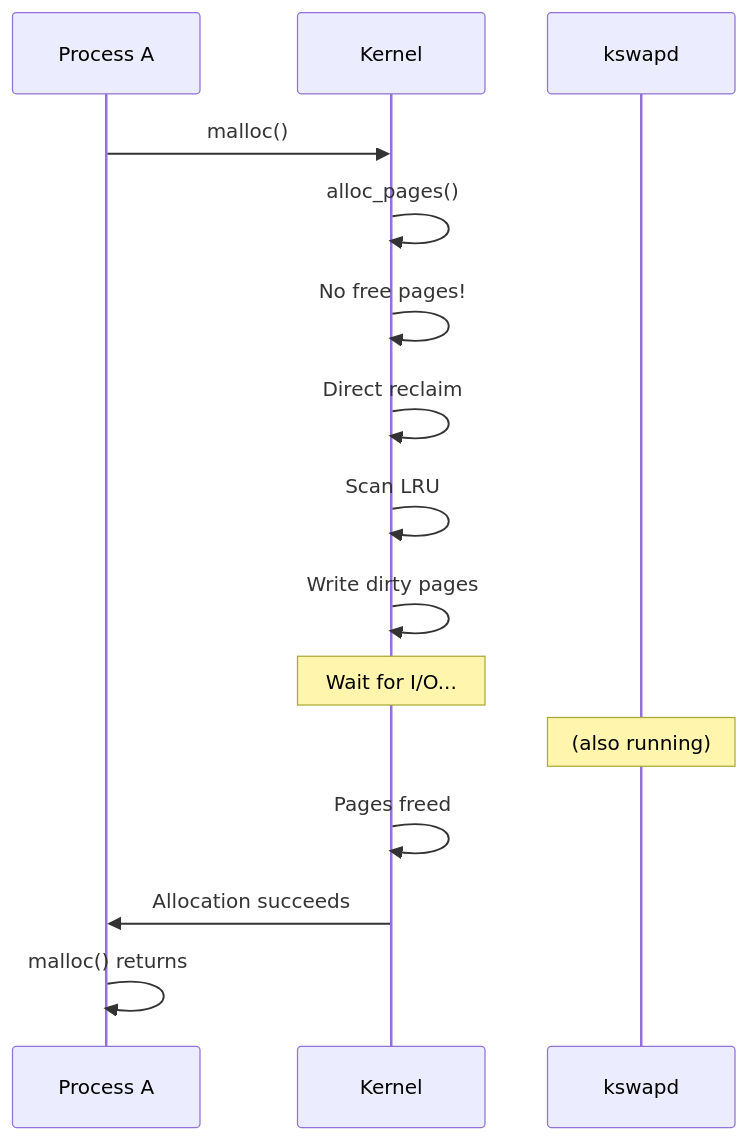
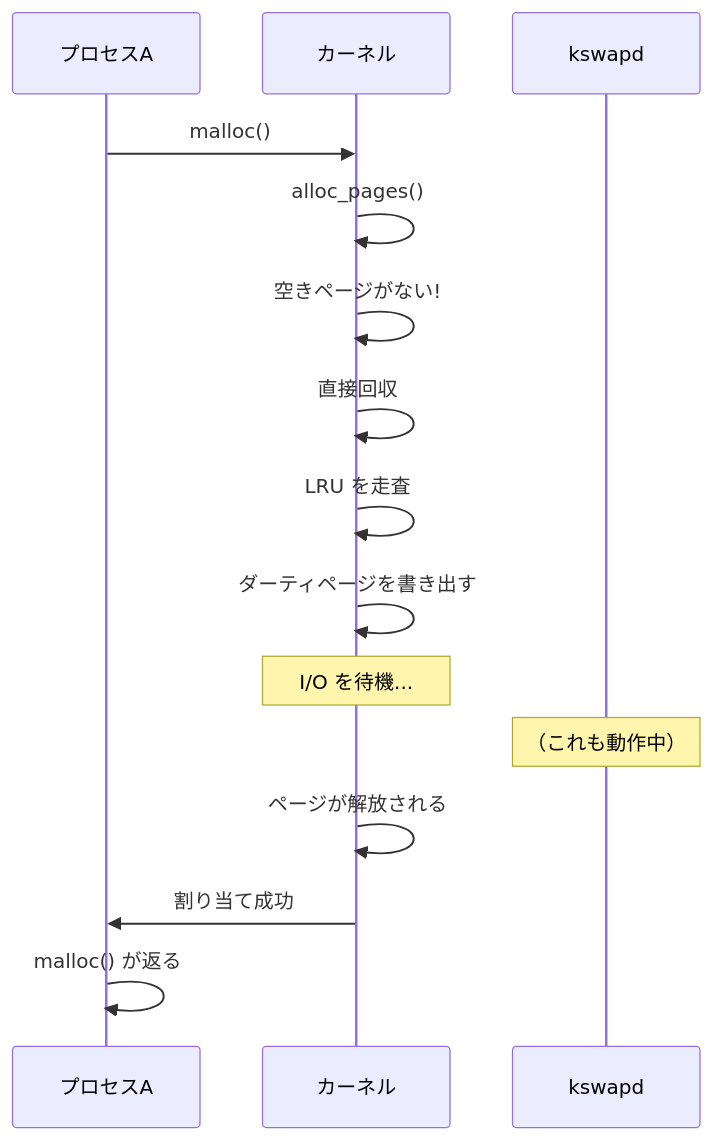
Before and after one commit to doguto/linux-kernel-internals-jp: the fourth of 8 diagrams in docs/mm/oom.md, drawn with Mermaid. The commit also changed other lines of this file and 1 other file, not shown here.

````diff
--- a/docs/mm/oom.md
+++ b/docs/mm/oom.md
@@ -226,18 +226,18 @@
 ```mermaid
 sequenceDiagram
-    participant P as Process A
-    participant K as Kernel
+    participant P as プロセスA
+    participant K as カーネル
     participant KS as kswapd
 
     P->>K: malloc()
     K->>K: alloc_pages()
-    K->>K: No free pages!
-    K->>K: Direct reclaim
-    K->>K: Scan LRU
-    K->>K: Write dirty pages
-    Note over K: Wait for I/O...
-    Note over KS: (also running)
-    K->>K: Pages freed
-    K->>P: Allocation succeeds
-    P->>P: malloc() returns
+    K->>K: 空きページがない!
+    K->>K: 直接回収
+    K->>K: LRU を走査
+    K->>K: ダーティページを書き出す
+    Note over K: I/O を待機...
+    Note over KS: （これも動作中）
+    K->>K: ページが解放される
+    K->>P: 割り当て成功
+    P->>P: malloc() が返る
 ```
````
